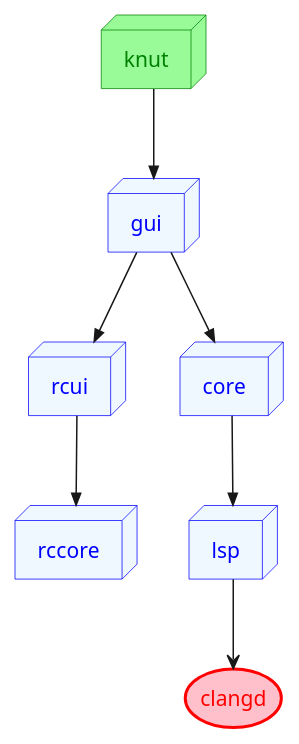
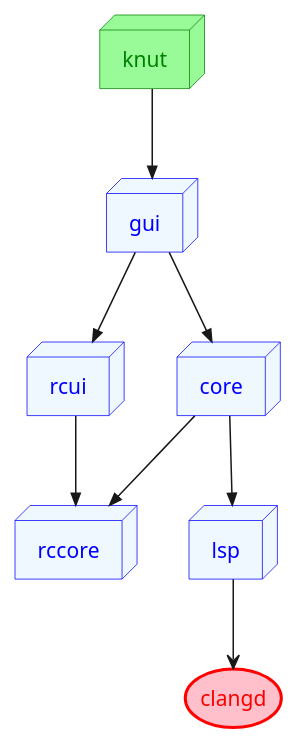
One commit to KDAB/knut changed the diagram in docs/assets/architecture.puml. Above: the diagram before and after it, drawn with PlantUML. The commit also changed 9 other files, not shown here.

```diff
--- a/docs/assets/architecture.puml
+++ b/docs/assets/architecture.puml
@@ -1,15 +1,16 @@
 @startuml
 node knut #palegreen;line:green;text:green
 node gui #aliceblue;line:blue;text:blue
 node rcui #aliceblue;line:blue;text:blue
 node rccore #aliceblue;line:blue;text:blue
 node core #aliceblue;line:blue;text:blue
 node lsp #aliceblue;line:blue;text:blue
 storage clangd #pink;line:red;line.bold;text:red
 knut -->> gui
 gui -->> rcui
 gui -->> core
 rcui -->> rccore
 core -->> lsp
+core -->> rccore
 lsp --> clangd
 @enduml
```
